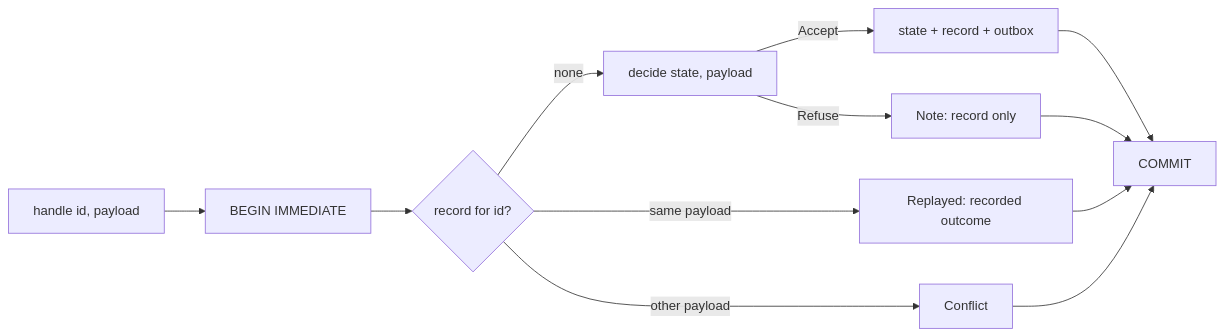
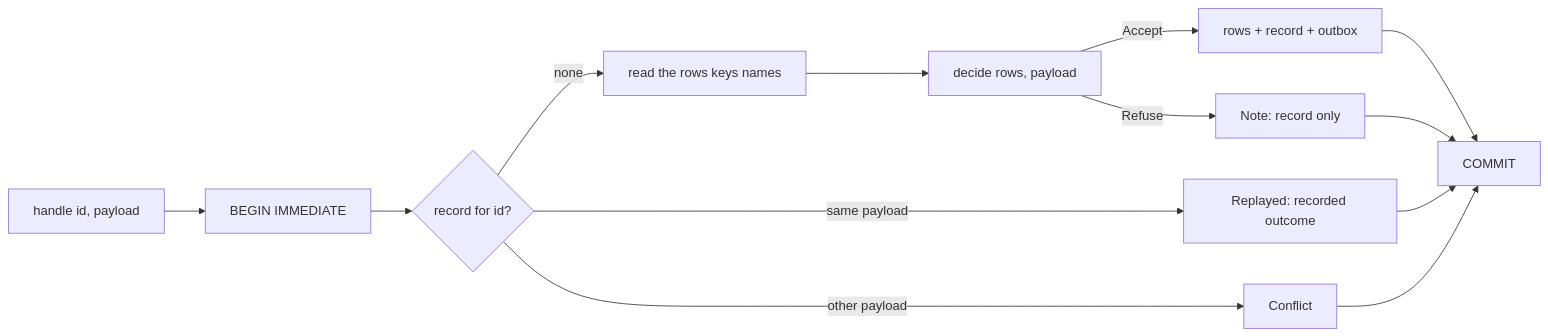
One commit to MuhDur/bend-kit changed the diagram in commands/README.md. Above: the diagram before and after it, drawn with Mermaid. The commit also changed other lines of this file and 12 other files, not shown here.

````diff
--- a/commands/README.md
+++ b/commands/README.md
@@ -11,14 +11,15 @@
 ```mermaid
 flowchart LR
   H[handle id, payload] --> B[BEGIN IMMEDIATE]
   B --> F{record for id?}
   F -->|same payload| R[Replayed: recorded outcome]
   F -->|other payload| X[Conflict]
-  F -->|none| D[decide state, payload]
-  D -->|Accept| W[state + record + outbox]
+  F -->|none| K[read the rows keys names]
+  K --> D[decide rows, payload]
+  D -->|Accept| W[rows + record + outbox]
   D -->|Refuse| WR[Note: record only]
   W --> C[COMMIT]
   WR --> C
   R --> C
   X --> C
 ```
````
